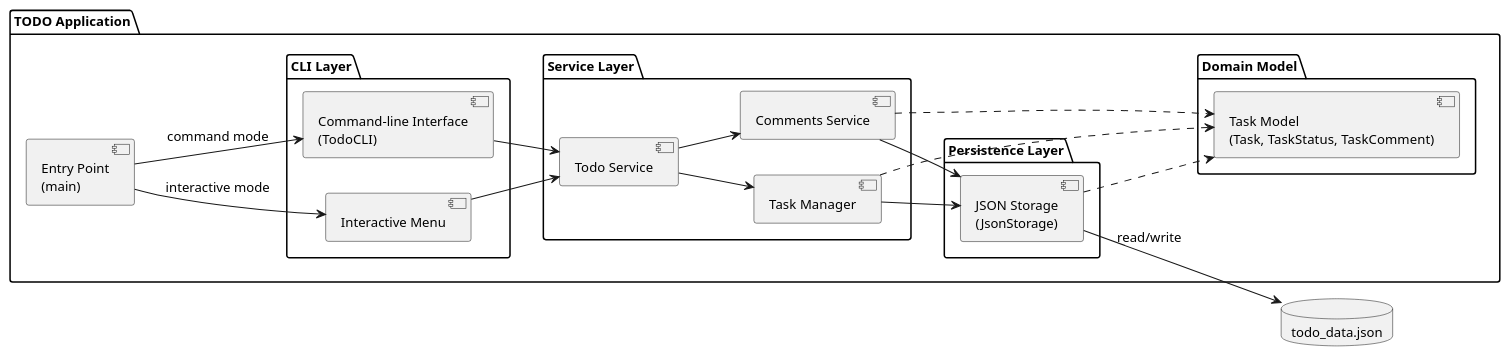
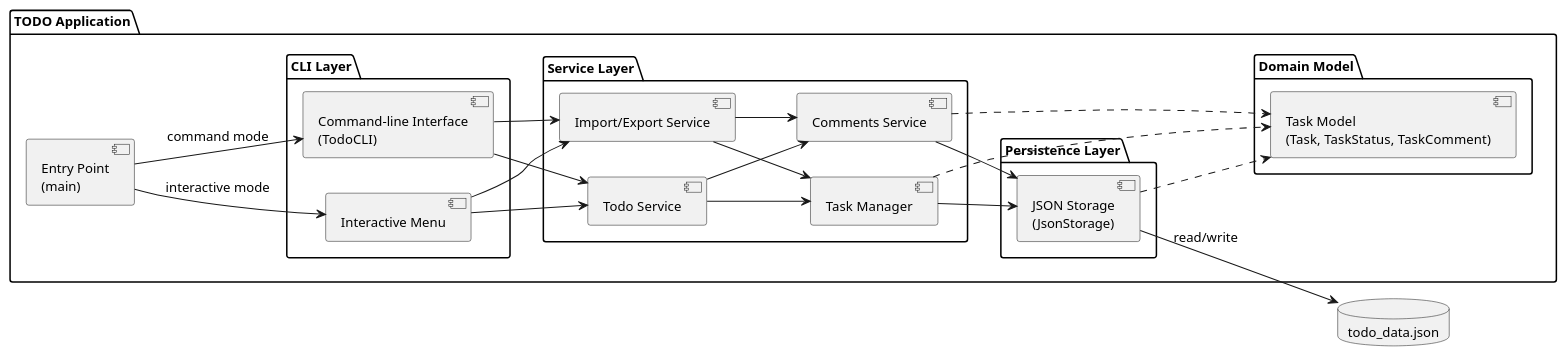
Before and after one commit to DanielRiha8906/Software_autoevolution_using_agents: the diagram in experiments/broadcast/user_stories/TODO/artifacts/component_diagram.puml, drawn with PlantUML. The commit also changed 9 other files, not shown here.

```diff
--- a/experiments/broadcast/user_stories/TODO/artifacts/component_diagram.puml
+++ b/experiments/broadcast/user_stories/TODO/artifacts/component_diagram.puml
@@ -1,50 +1,55 @@
 @startuml component_diagram
 
 skinparam componentStyle uml2
 skinparam defaultFontSize 13
 
 left to right direction
 
 package "TODO Application" {
 
     component "Entry Point\n(main)" as Main
 
     package "CLI Layer" {
         component "Interactive Menu" as IM
         component "Command-line Interface\n(TodoCLI)" as CLI
     }
 
     package "Service Layer" {
         component "Todo Service" as SVC
         component "Task Manager" as MGR
         component "Comments Service" as CSVC
+        component "Import/Export Service" as IES
     }
 
     package "Domain Model" {
         component "Task Model\n(Task, TaskStatus, TaskComment)" as Model
     }
 
     package "Persistence Layer" {
         component "JSON Storage\n(JsonStorage)" as Storage
     }
 }
 
 database "todo_data.json" as DB
 
 Main --> IM : interactive mode
 Main --> CLI : command mode
 
 IM --> SVC
+IM --> IES
 CLI --> SVC
+CLI --> IES
 
 SVC --> MGR
 SVC --> CSVC
+IES --> MGR
+IES --> CSVC
 MGR --> Storage
 CSVC --> Storage
 MGR ..> Model
 CSVC ..> Model
 Storage ..> Model
 
 Storage --> DB : read/write
 
 @enduml
```
